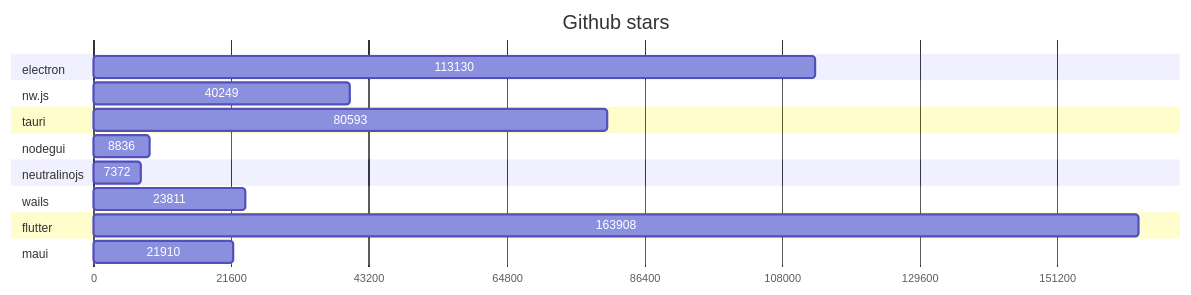
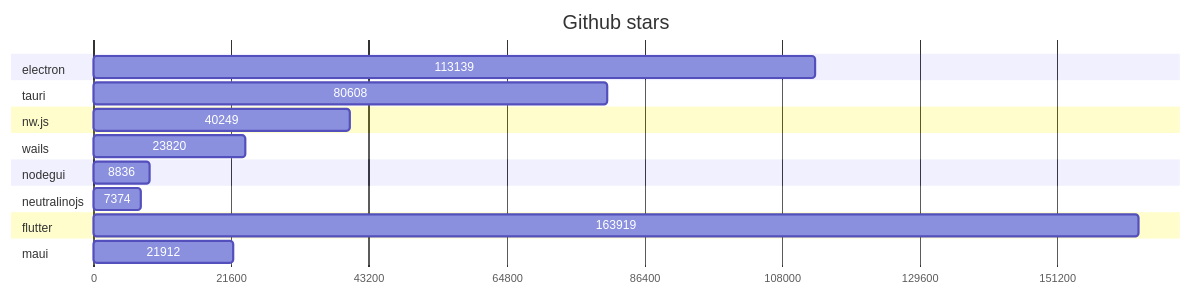
The first of 2 diagrams in GRAPHS.md (Elanis/web-to-desktop-framework-comparison), drawn with Mermaid before and after one commit. The commit also changed other lines of this file and 1 other file, not shown here.

Commit message:
Update stars & Fork

````diff
--- a/GRAPHS.md
+++ b/GRAPHS.md
@@ -5,40 +5,40 @@
 ```mermaid
 gantt
     title Github stars
     dateFormat  X
     axisFormat %s
 
 
 	section electron
-	113130 : 0, 113130
+	113139 : 0, 113139
+
+	
+	section tauri
+	80608 : 0, 80608
 
 	
 	section nw.js
 	40249 : 0, 40249
 
 	
-	section tauri
-	80593 : 0, 80593
+	section wails
+	23820 : 0, 23820
 
 	
 	section nodegui
 	8836 : 0, 8836
 
 	
 	section neutralinojs
-	7372 : 0, 7372
-
-	
-	section wails
-	23811 : 0, 23811
+	7374 : 0, 7374
 
 	
 	section flutter
-	163908 : 0, 163908
+	163919 : 0, 163919
 
 	
 	section maui
-	21910 : 0, 21910
+	21912 : 0, 21912
 
 	
 ```
````
